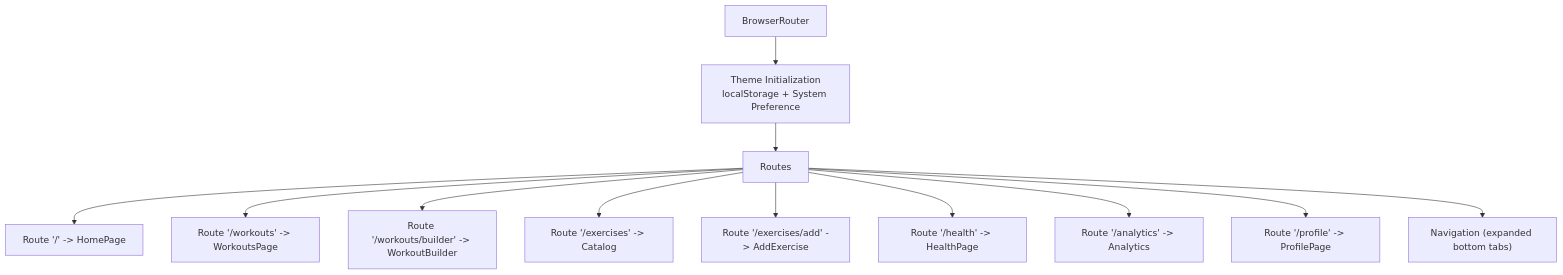
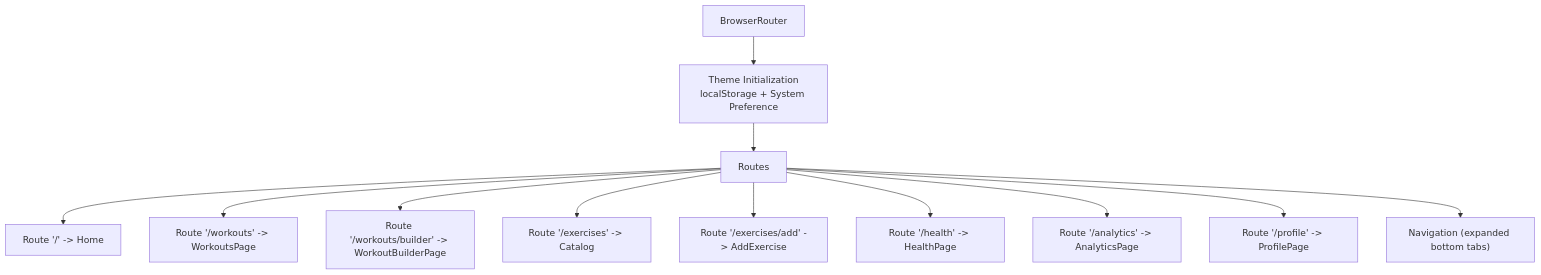
One commit to nilsnavi/fit_trackerpro changed the second of 6 diagrams in .qoder/repowiki/en/content/Frontend Component Architecture/Application Structure & Routing.md. Above: the diagram before and after it, drawn with Mermaid. The commit also changed other lines of this file and 9 other files, not shown here.

````diff
--- a/.qoder/repowiki/en/content/Frontend Component Architecture/Application Structure & Routing.md
+++ b/.qoder/repowiki/en/content/Frontend Component Architecture/Application Structure & Routing.md
@@ -147,26 +165,26 @@
 ```mermaid
 graph TB
 BR["BrowserRouter"]
 R["Routes"]
 TI["Theme Initialization<br/>localStorage + System Preference"]
-RT1["Route '/' -> HomePage"]
+RT1["Route '/' -> Home"]
 RT2["Route '/workouts' -> WorkoutsPage"]
-RT3["Route '/workouts/builder' -> WorkoutBuilder"]
+RT3["Route '/workouts/builder' -> WorkoutBuilderPage"]
 RT4["Route '/exercises' -> Catalog"]
 RT5["Route '/exercises/add' -> AddExercise"]
 RT6["Route '/health' -> HealthPage"]
-RT7["Route '/analytics' -> Analytics"]
+RT7["Route '/analytics' -> AnalyticsPage"]
 RT8["Route '/profile' -> ProfilePage"]
 NAV["Navigation (expanded bottom tabs)"]
 BR --> TI
 TI --> R
 R --> RT1
 R --> RT2
 R --> RT3
 R --> RT4
 R --> RT5
 R --> RT6
 R --> RT7
 R --> RT8
 R --> NAV
 ```
````
